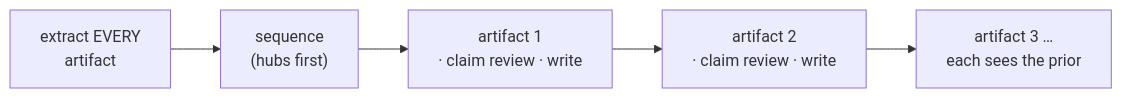
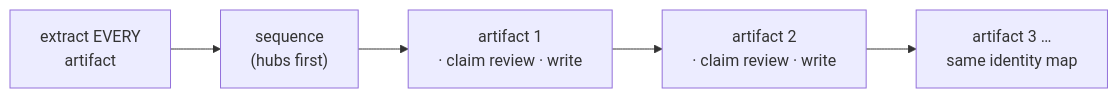
Before and after one commit to WillHirsch/yizkr: the third of 4 diagrams in src/yizkr/pipeline/README.md, drawn with Mermaid. The commit also changed other lines of this file and 8 other files, not shown here.

Commit message:
Add diagrammatic documentation of key architectural structures

````diff
--- a/src/yizkr/pipeline/README.md
+++ b/src/yizkr/pipeline/README.md
@@ -631,7 +652,7 @@
   ```mermaid
   flowchart LR
       x["extract EVERY<br/>artifact"] --> s["sequence<br/>(hubs first)"]
       s --> a1["artifact 1<br/>· claim review · write"]
       a1 --> a2["artifact 2<br/>· claim review · write"]
-      a2 --> a3["artifact 3 …<br/>each sees the prior"]
+      a2 --> a3["artifact 3 …<br/>same identity map"]
   ```
````
